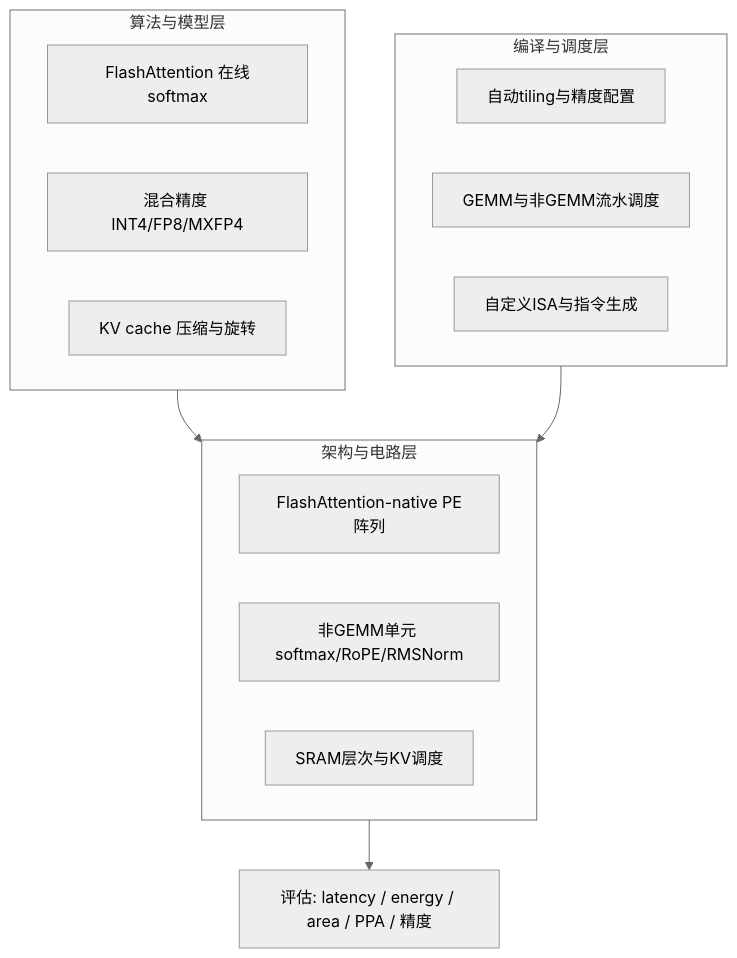
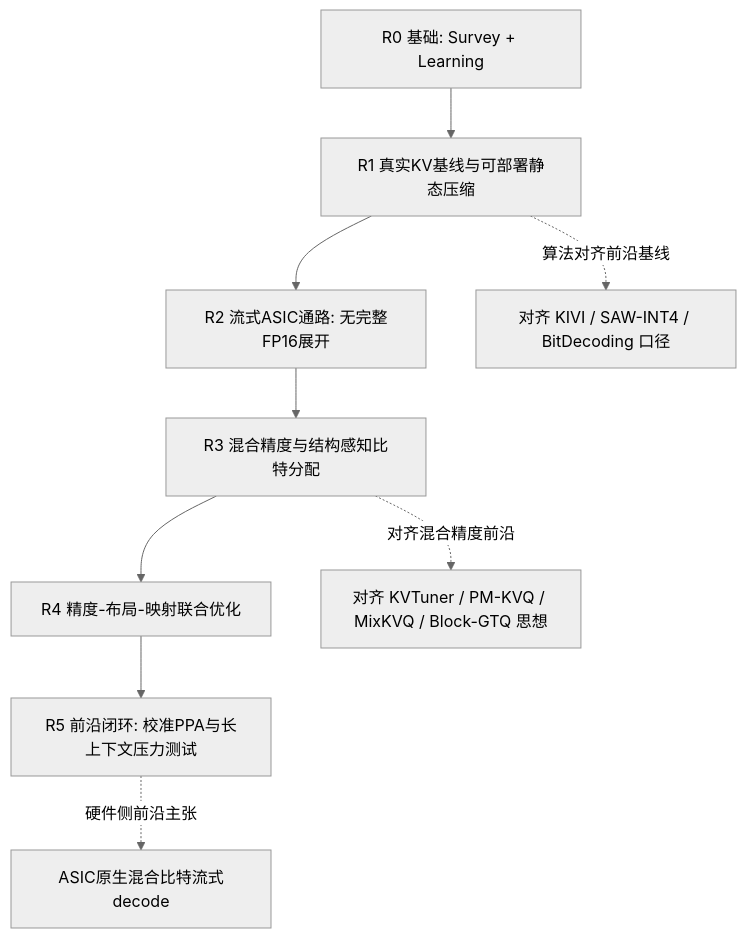
The diagram in docs/research_plan.md (eason8319/attention-accelerator-phd), drawn with Mermaid (neutral theme) before and after one commit. The commit also changed other lines of this file and 22 other files, not shown here.

````diff
--- a/docs/research_plan.md
+++ b/docs/research_plan.md
@@ -23,21 +91,14 @@
 ```mermaid
 flowchart TB
-  subgraph algo [算法与模型层]
-    FA[FlashAttention 在线softmax]
-    MP[混合精度 INT4/FP8/MXFP4]
-    KV[KV cache 压缩与旋转]
-  end
-  subgraph hw [架构与电路层]
-    PE[FlashAttention-native PE阵列]
-    NG[非GEMM单元 softmax/RoPE/RMSNorm]
-    MEM[SRAM层次与KV调度]
-  end
-  subgraph sw [编译与调度层]
-    TILE[自动tiling与精度配置]
-    SCHED[GEMM与非GEMM流水调度]
-    ISA[自定义ISA与指令生成]
-  end
-  algo --> hw
-  sw --> hw
-  hw --> EVAL[评估: latency / energy / area / PPA / 精度]
+  R0[R0 基础: Survey + Learning]
+  R1[R1 真实KV基线与可部署静态压缩]
+  R2[R2 流式ASIC通路: 无完整FP16展开]
+  R3[R3 混合精度与结构感知比特分配]
+  R4[R4 精度-布局-映射联合优化]
+  R5[R5 前沿闭环: 校准PPA与长上下文压力测试]
+
+  R0 --> R1 --> R2 --> R3 --> R4 --> R5
+  R1 -.->|算法对齐前沿基线| FrontierAlgo[对齐 KIVI / SAW-INT4 / BitDecoding 口径]
+  R3 -.->|对齐混合精度前沿| FrontierMix[对齐 KVTuner / PM-KVQ / MixKVQ / Block-GTQ 思想]
+  R5 -.->|硬件侧前沿主张| FrontierHW[ASIC原生混合比特流式decode]
 ```
````
